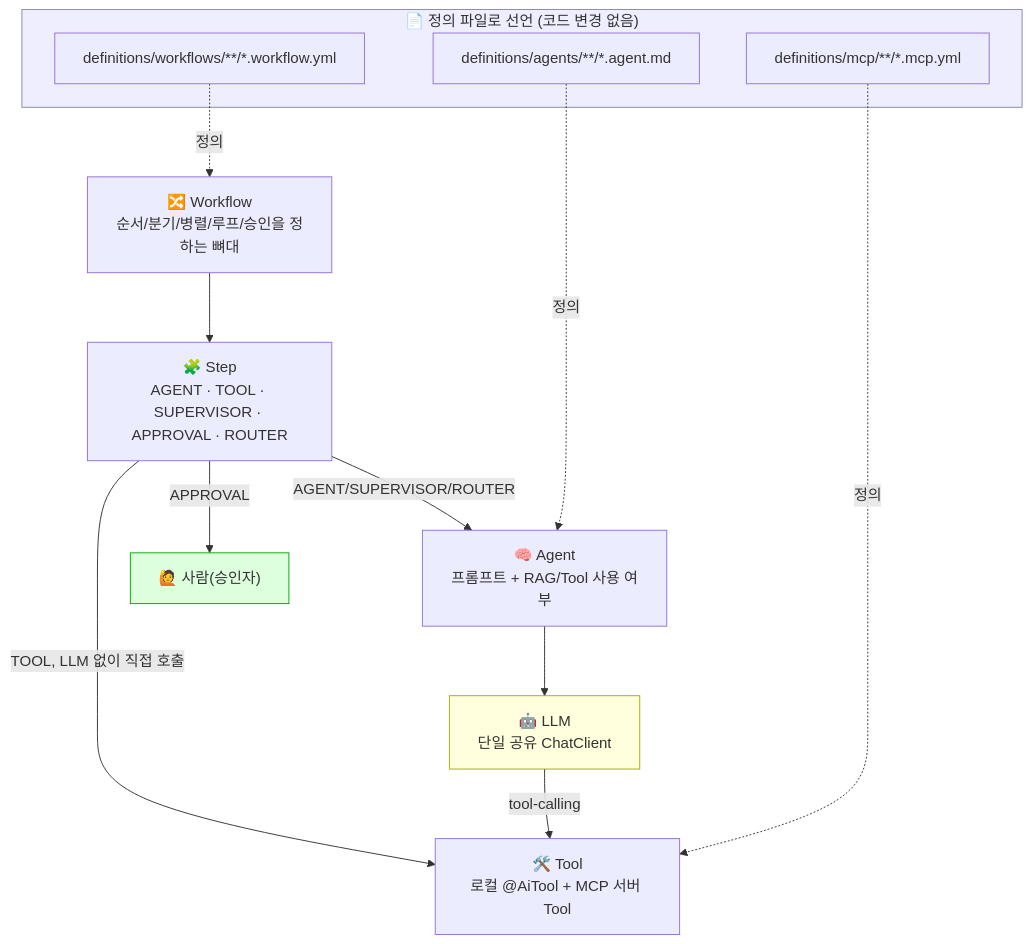
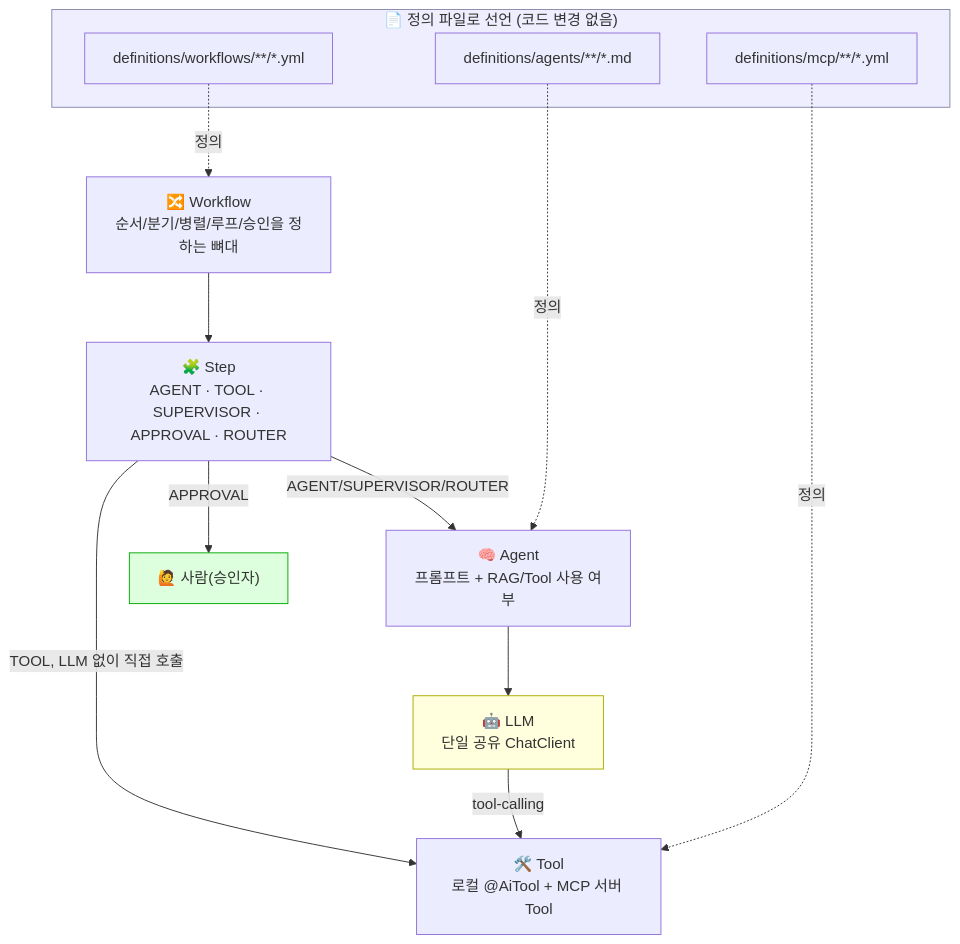
The first of 10 diagrams in docs/09.dstone-ai-engine.md (YongSoekChoeng/dstone), drawn with Mermaid before and after one commit. The commit also changed other lines of this file and 68 other files, not shown here.

First line of the commit message:
refactor(ai-engine): 정의 파일 이름에서 종류 접미사(.agent/.workflow/.mcp) 제거

````diff
--- a/docs/09.dstone-ai-engine.md
+++ b/docs/09.dstone-ai-engine.md
@@ -189,30 +189,30 @@
 ```mermaid
 flowchart TB
     subgraph YAML["📄 정의 파일로 선언 (코드 변경 없음)"]
-        WF["definitions/workflows/**/*.workflow.yml"]
-        AG["definitions/agents/**/*.agent.md"]
-        MCP["definitions/mcp/**/*.mcp.yml"]
+        WF["definitions/workflows/**/*.yml"]
+        AG["definitions/agents/**/*.md"]
+        MCP["definitions/mcp/**/*.yml"]
     end
 
     W["🔀 Workflow\n순서/분기/병렬/루프/승인을 정하는 뼈대"]
     S["🧩 Step\nAGENT · TOOL · SUPERVISOR · APPROVAL · ROUTER"]
     A["🧠 Agent\n프롬프트 + RAG/Tool 사용 여부"]
     L["🤖 LLM\n단일 공유 ChatClient"]
     H["🙋 사람(승인자)"]
     T["🛠️ Tool\n로컬 @AiTool + MCP 서버 Tool"]
 
     WF -.정의.-> W
     AG -.정의.-> A
     MCP -.정의.-> T
 
     W --> S
     S -->|AGENT/SUPERVISOR/ROUTER| A
     S -->|APPROVAL| H
     A --> L
     L -->|tool-calling| T
     S -->|TOOL, LLM 없이 직접 호출| T
 
     style YAML fill:#eef,stroke:#88a
     style L fill:#ffd,stroke:#aa0
     style H fill:#dfd,stroke:#0a0
 ```
````
